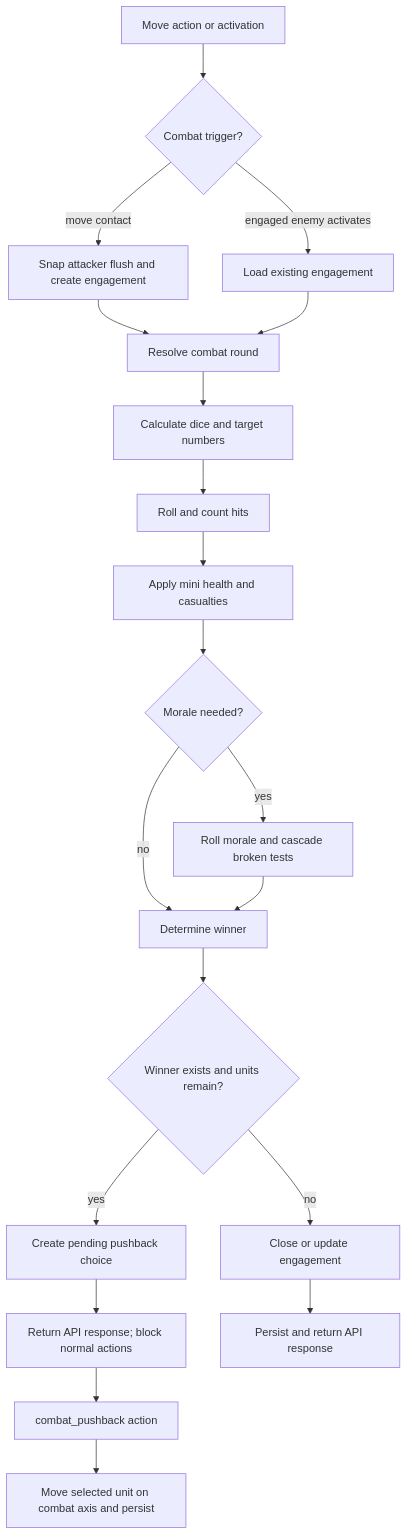
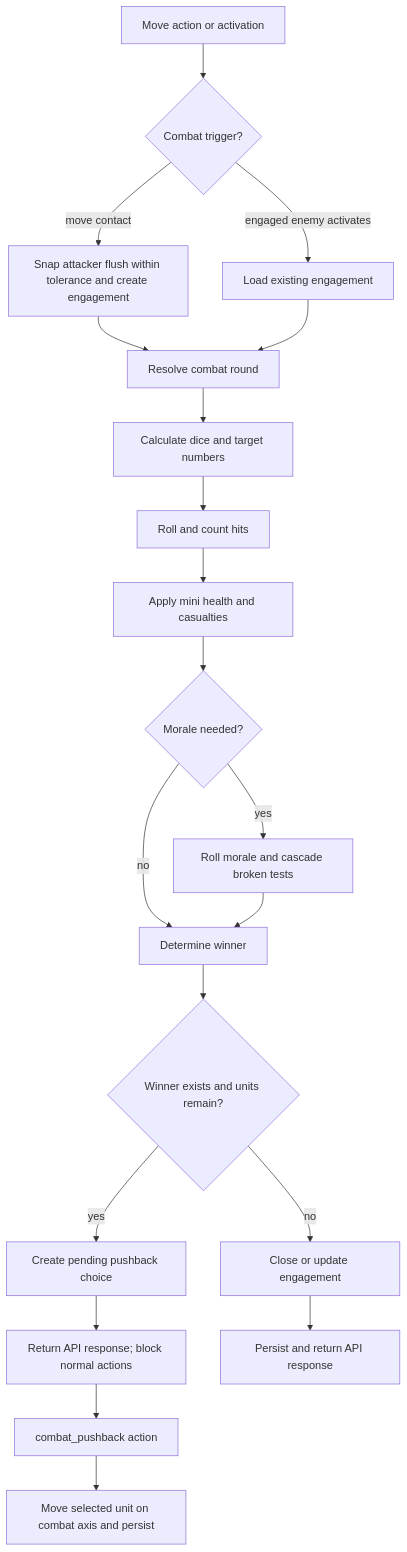
One commit to bkroeze/miniswar changed the diagram in docs/plans/2026-06-03-combat-feature-plan.md. Above: the diagram before and after it, drawn with Mermaid. The commit also changed other lines of this file and 3 other files, not shown here.

````diff
--- a/docs/plans/2026-06-03-combat-feature-plan.md
+++ b/docs/plans/2026-06-03-combat-feature-plan.md
@@ -84,22 +84,22 @@
 ```mermaid
 flowchart TB
   A[Move action or activation] --> B{Combat trigger?}
-  B -->|move contact| C[Snap attacker flush and create engagement]
+  B -->|move contact| C[Snap attacker flush within tolerance and create engagement]
   B -->|engaged enemy activates| D[Load existing engagement]
   C --> E[Resolve combat round]
   D --> E
   E --> F[Calculate dice and target numbers]
   F --> G[Roll and count hits]
   G --> H[Apply mini health and casualties]
   H --> I{Morale needed?}
   I -->|yes| J[Roll morale and cascade broken tests]
   I -->|no| K[Determine winner]
   J --> K
   K --> L{Winner exists and units remain?}
   L -->|yes| M[Create pending pushback choice]
   L -->|no| N[Close or update engagement]
   M --> O[Return API response; block normal actions]
   N --> P[Persist and return API response]
   O --> Q[combat_pushback action]
   Q --> R[Move selected unit on combat axis and persist]
 ```
````
